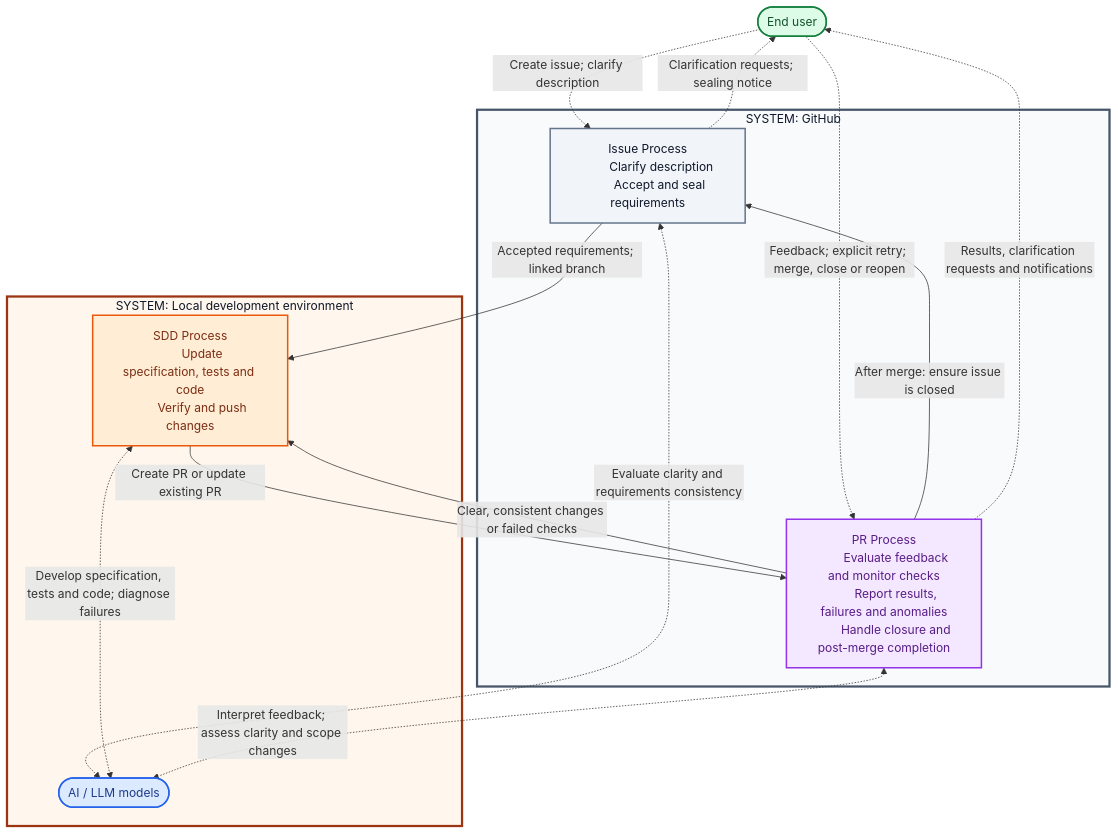
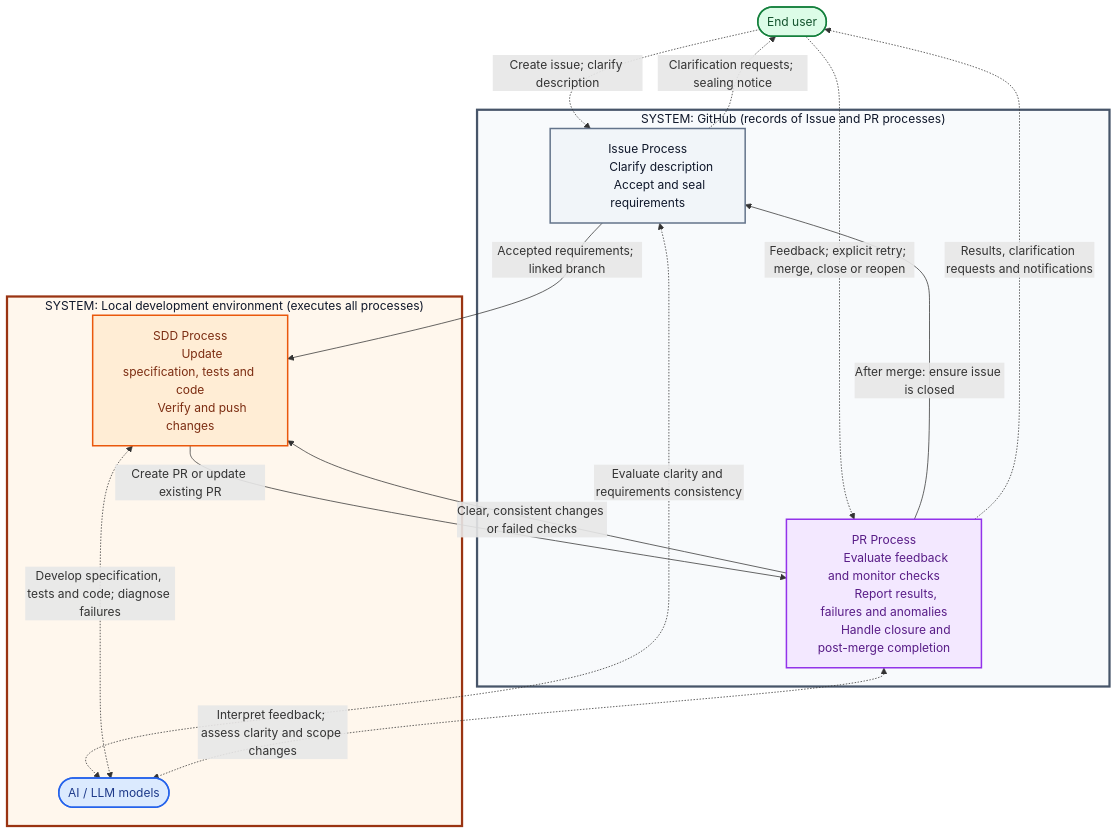
Before and after one commit to hlsekowski/qnagym: the diagram in docs/adr/0003-local-development-workflow.md, drawn with Mermaid. The commit also changed other lines of this file, not shown here.

````diff
--- a/docs/adr/0003-local-development-workflow.md
+++ b/docs/adr/0003-local-development-workflow.md
@@ -45,53 +43,50 @@
 ```mermaid
 flowchart TD
     HUMAN(["End user"])
 
-    subgraph GITHUB["SYSTEM: GitHub"]
+    subgraph GITHUB["SYSTEM: GitHub (records of Issue and PR processes)"]
         ISSUE["Issue Process
         Clarify description
         Accept and seal requirements"]
-
         PR["PR Process
         Evaluate feedback and monitor checks
         Report results, failures and anomalies
         Handle closure and post-merge completion"]
     end
 
-    subgraph LOCAL["SYSTEM: Local development environment"]
+    subgraph LOCAL["SYSTEM: Local development environment (executes all processes)"]
         SDD["SDD Process
         Update specification, tests and code
         Verify and push changes"]
-
         AI(["AI / LLM models"])
     end
 
     ISSUE -->|"Accepted requirements; linked branch"| SDD
     SDD -->|"Create PR or update existing PR"| PR
     PR -->|"Clear, consistent changes or failed checks"| SDD
     PR -->|"After merge: ensure issue is closed"| ISSUE
 
     HUMAN -.->|"Create issue; clarify description"| ISSUE
     ISSUE -.->|"Clarification requests; sealing notice"| HUMAN
-
     HUMAN -.->|"Feedback; explicit retry; merge, close or reopen"| PR
     PR -.->|"Results, clarification requests and notifications"| HUMAN
 
     ISSUE <-.->|"Evaluate clarity and requirements consistency"| AI
     SDD <-.->|"Develop specification, tests and code; diagnose failures"| AI
     PR <-.->|"Interpret feedback; assess clarity and scope changes"| AI
 
     classDef human fill:#dcfce7,stroke:#15803d,color:#14532d,stroke-width:2px
     classDef ai fill:#dbeafe,stroke:#2563eb,color:#1e3a8a,stroke-width:2px
     classDef issue fill:#f1f5f9,stroke:#64748b,color:#0f172a,stroke-width:2px
     classDef dev fill:#ffedd5,stroke:#ea580c,color:#7c2d12,stroke-width:2px
     classDef pr fill:#f3e8ff,stroke:#9333ea,color:#581c87,stroke-width:2px
 
     class HUMAN human
     class AI ai
     class ISSUE issue
     class SDD dev
     class PR pr
 
     style GITHUB fill:#f8fafc,stroke:#475569,stroke-width:3px,color:#0f172a
     style LOCAL fill:#fff7ed,stroke:#9a3412,stroke-width:3px,color:#0f172a
 ```
````
